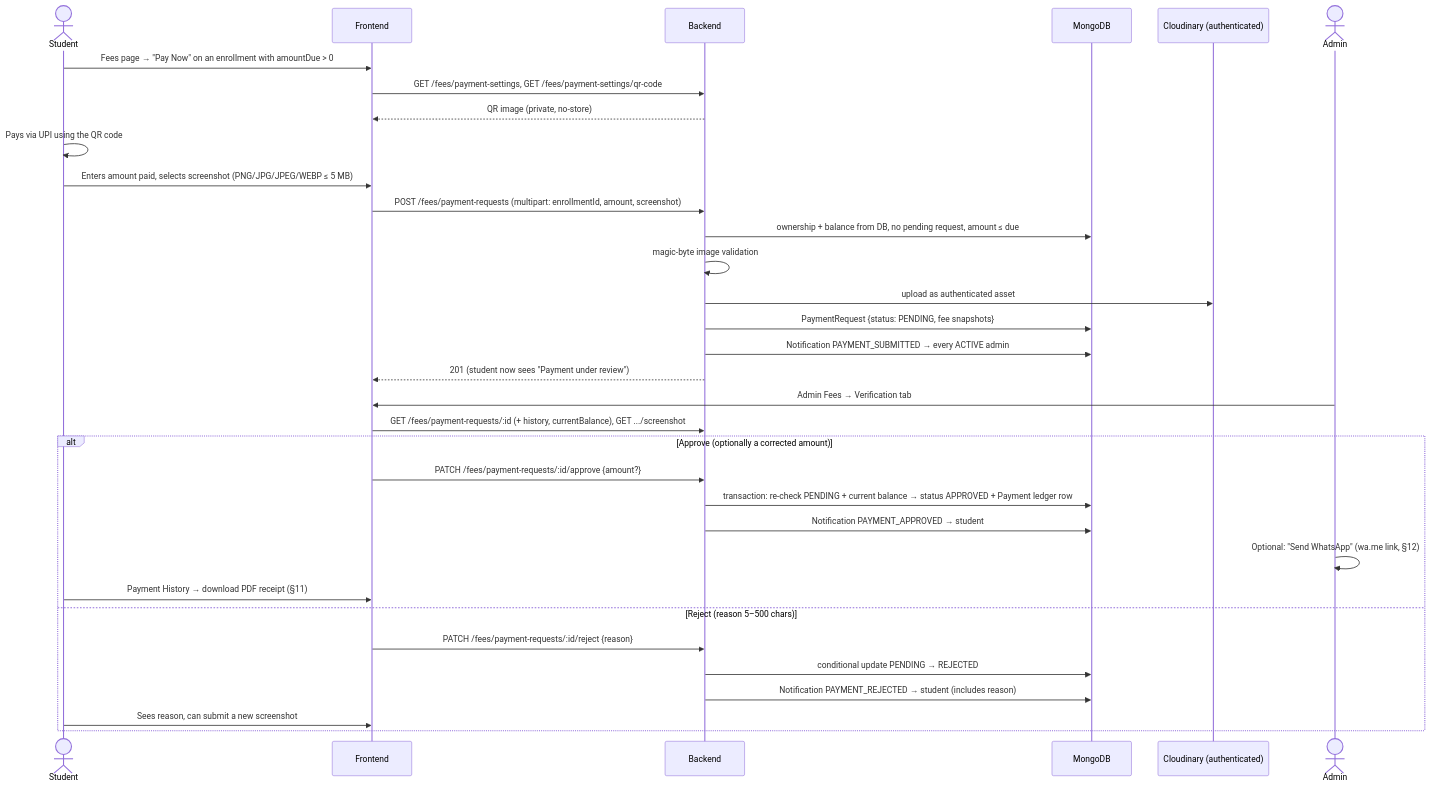
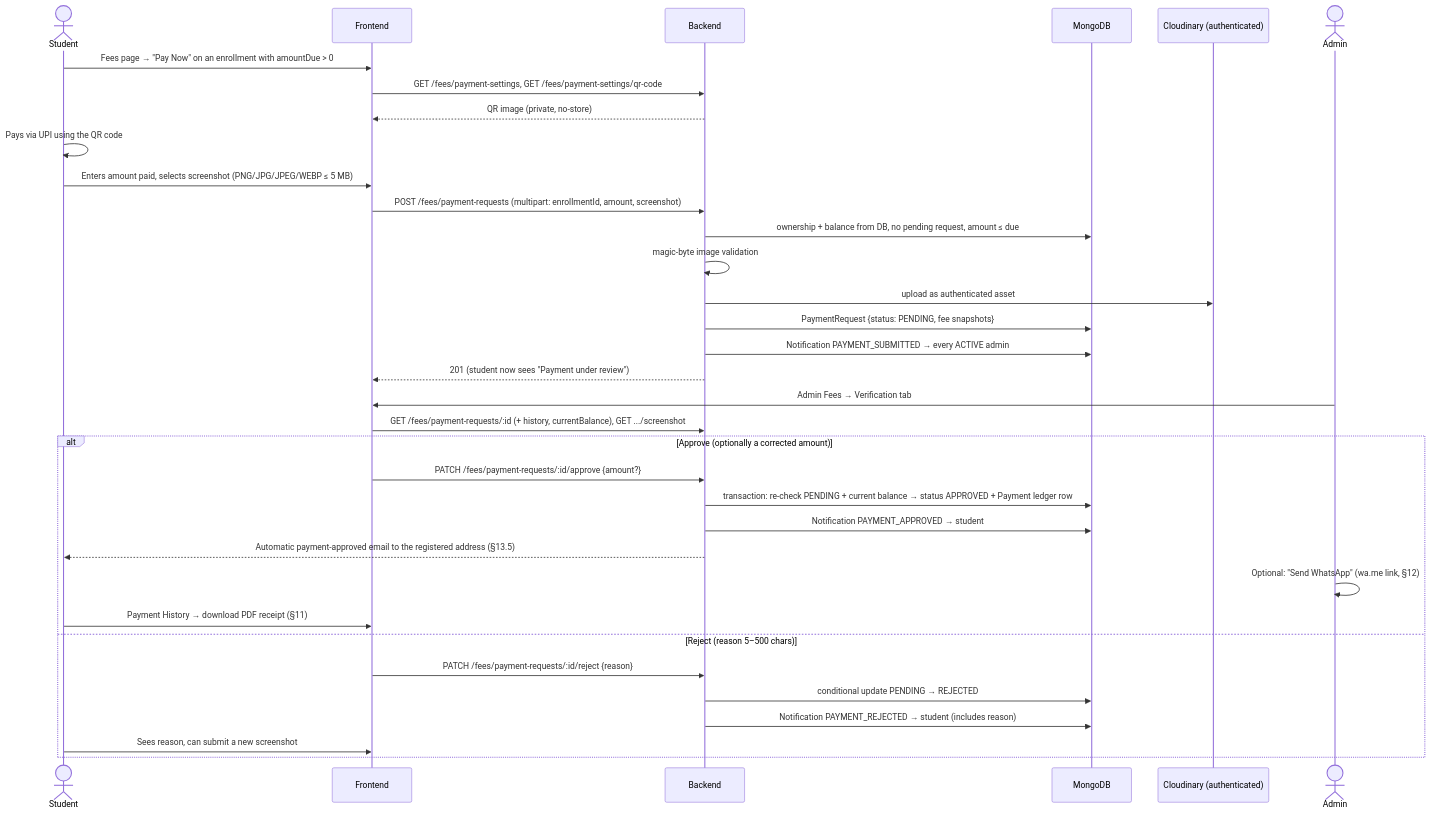
The eighth of 13 diagrams in docs/SSR_INSTITUTE_LMS_DOCUMENTATION.md (MathiHarshitha/SSR_INSTITUTE_PORTAL), drawn with Mermaid before and after one commit. The commit also changed other lines of this file and 11 other files, not shown here.

Commit message:
added email option after succesfull payment

````diff
--- a/docs/SSR_INSTITUTE_LMS_DOCUMENTATION.md
+++ b/docs/SSR_INSTITUTE_LMS_DOCUMENTATION.md
@@ -701,35 +701,36 @@
 ```mermaid
 sequenceDiagram
     actor S as Student
     participant FE as Frontend
     participant API as Backend
     participant DB as MongoDB
     participant CL as Cloudinary (authenticated)
     actor A as Admin
     S->>FE: Fees page → "Pay Now" on an enrollment with amountDue > 0
     FE->>API: GET /fees/payment-settings, GET /fees/payment-settings/qr-code
     API-->>FE: QR image (private, no-store)
     S->>S: Pays via UPI using the QR code
     S->>FE: Enters amount paid, selects screenshot (PNG/JPG/JPEG/WEBP ≤ 5 MB)
     FE->>API: POST /fees/payment-requests (multipart: enrollmentId, amount, screenshot)
     API->>DB: ownership + balance from DB, no pending request, amount ≤ due
     API->>API: magic-byte image validation
     API->>CL: upload as authenticated asset
     API->>DB: PaymentRequest {status: PENDING, fee snapshots}
     API->>DB: Notification PAYMENT_SUBMITTED → every ACTIVE admin
     API-->>FE: 201 (student now sees "Payment under review")
     A->>FE: Admin Fees → Verification tab
     FE->>API: GET /fees/payment-requests/:id (+ history, currentBalance), GET .../screenshot
     alt Approve (optionally a corrected amount)
         FE->>API: PATCH /fees/payment-requests/:id/approve {amount?}
         API->>DB: transaction: re-check PENDING + current balance → status APPROVED + Payment ledger row
         API->>DB: Notification PAYMENT_APPROVED → student
+        API-->>S: Automatic payment-approved email to the registered address (§13.5)
         A->>A: Optional: "Send WhatsApp" (wa.me link, §12)
         S->>FE: Payment History → download PDF receipt (§11)
     else Reject (reason 5–500 chars)
         FE->>API: PATCH /fees/payment-requests/:id/reject {reason}
         API->>DB: conditional update PENDING → REJECTED
         API->>DB: Notification PAYMENT_REJECTED → student (includes reason)
         S->>FE: Sees reason, can submit a new screenshot
     end
 ```
````
